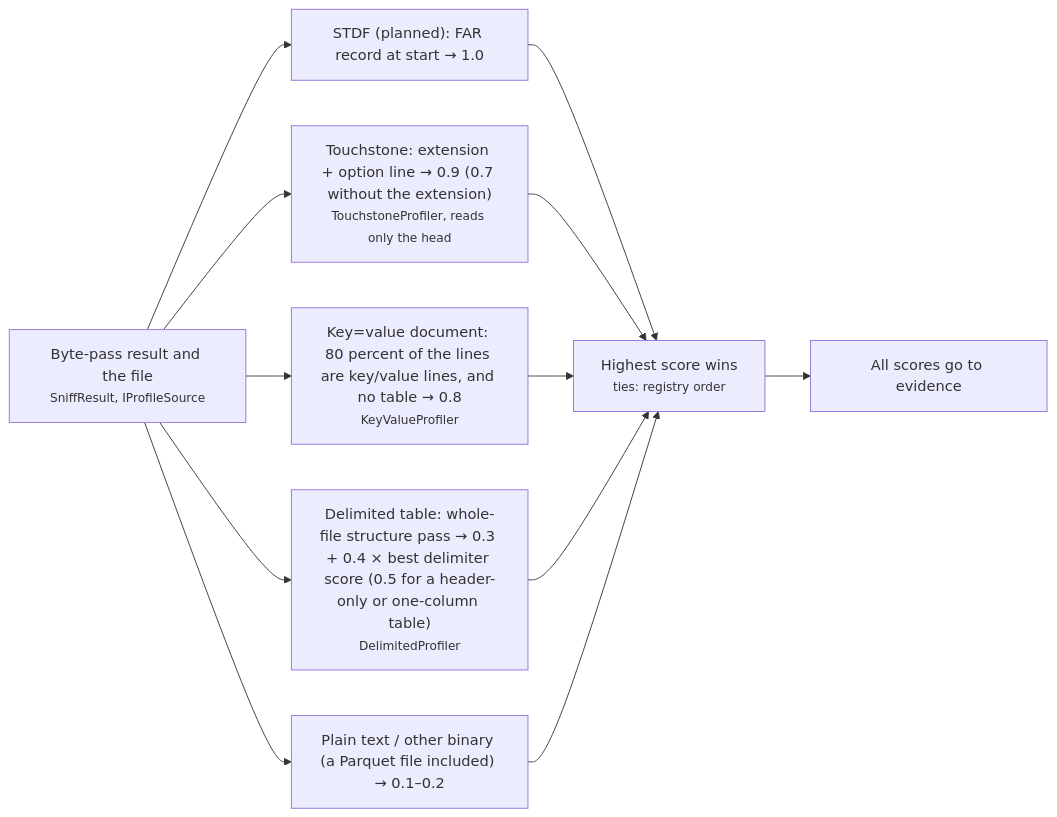
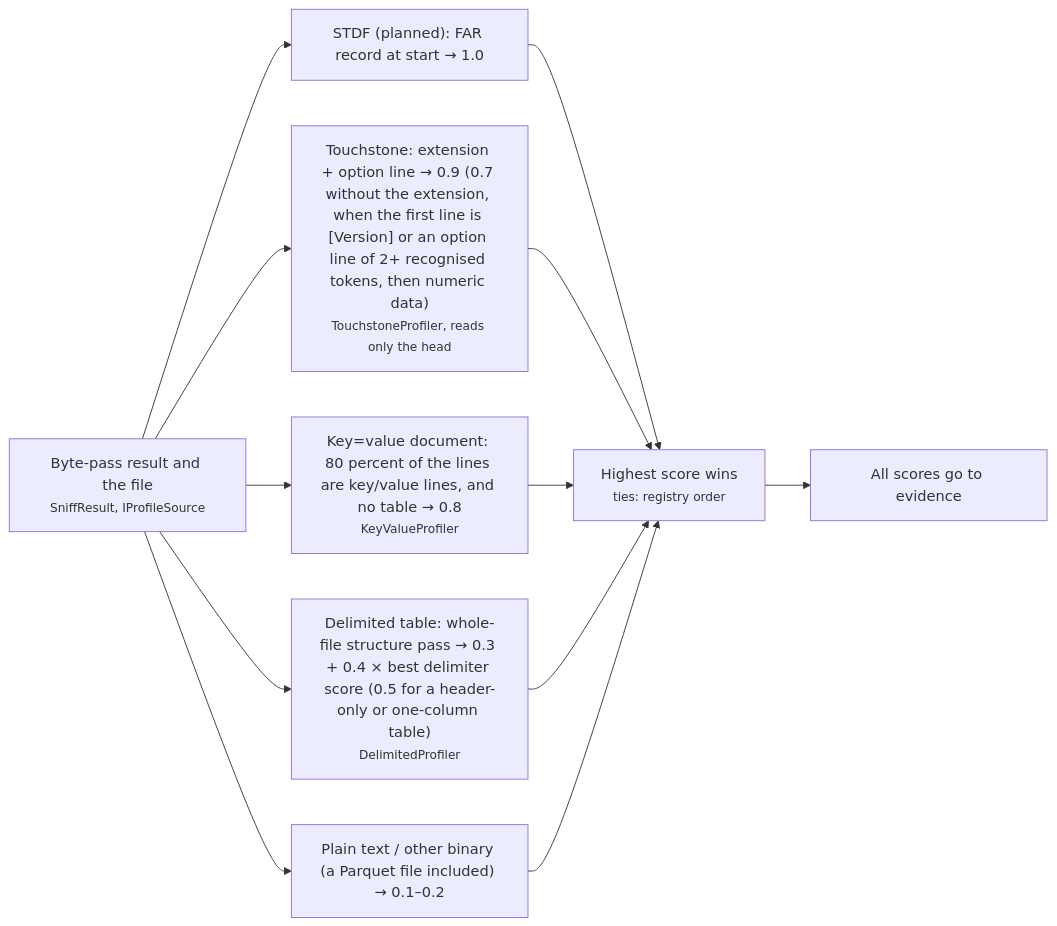
The fourth of 33 diagrams in docs/how-it-works.md (squalor-xyz/squalify), drawn with Mermaid before and after one commit. The commit also changed other lines of this file and 14 other files, not shown here.

````diff
--- a/docs/how-it-works.md
+++ b/docs/how-it-works.md
@@ -60,10 +60,10 @@
 ```mermaid
 flowchart LR
     S["Byte-pass result and the file<br/><small>SniffResult, IProfileSource</small>"] --> P2["STDF (planned): FAR record at start → 1.0"]
-    S --> P3["Touchstone: extension + option line → 0.9 (0.7 without the extension)<br/><small>TouchstoneProfiler, reads only the head</small>"]
+    S --> P3["Touchstone: extension + option line → 0.9 (0.7 without the extension, when the first line is [Version] or an option line of 2+ recognised tokens, then numeric data)<br/><small>TouchstoneProfiler, reads only the head</small>"]
     S --> P4["Key=value document: 80 percent of the lines are key/value lines, and no table → 0.8<br/><small>KeyValueProfiler</small>"]
     S --> P5["Delimited table: whole-file structure pass → 0.3 + 0.4 × best delimiter score (0.5 for a header-only or one-column table)<br/><small>DelimitedProfiler</small>"]
     S --> P6["Plain text / other binary (a Parquet file included) → 0.1–0.2"]
     P2 & P3 & P4 & P5 & P6 --> W["Highest score wins<br/><small>ties: registry order</small>"]
     W --> Ev["All scores go to evidence"]
 ```
````
